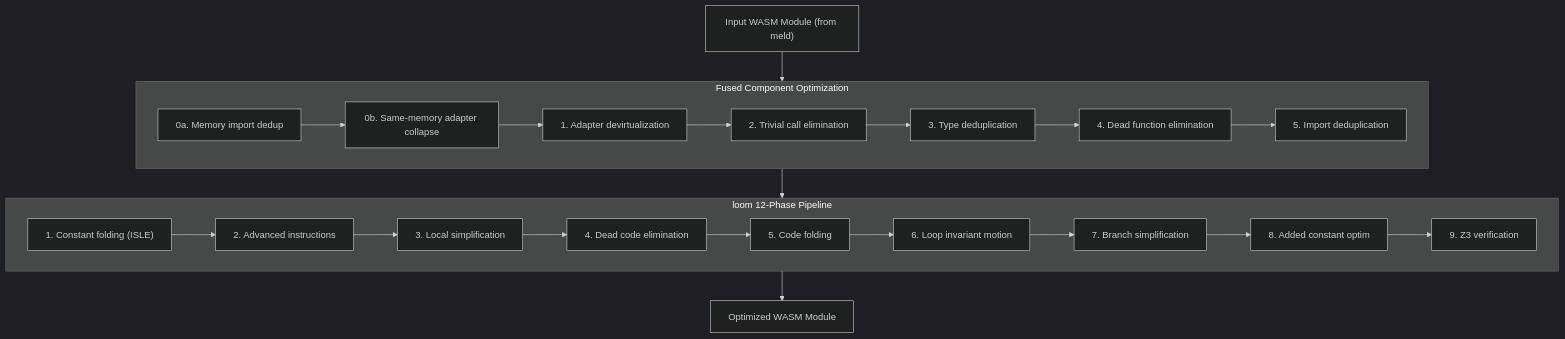
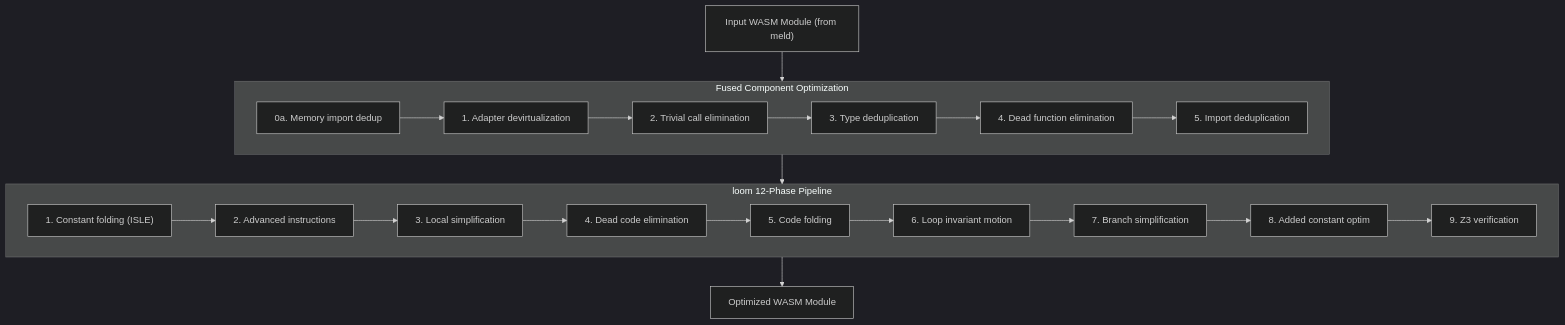
Before and after one commit to pulseengine/loom: the seventh of 8 diagrams in docs/design/fused-component-optimization.md, drawn with Mermaid (dark theme). The commit also changed other lines of this file and 9 other files, not shown here.

````diff
--- a/docs/design/fused-component-optimization.md
+++ b/docs/design/fused-component-optimization.md
@@ -351,33 +292,32 @@
 ```mermaid
 flowchart TD
     Input["Input WASM Module (from meld)"]
     Input --> Fused
 
     subgraph Fused["Fused Component Optimization"]
         F0a["0a. Memory import dedup"]
-        F0b["0b. Same-memory adapter collapse"]
         F1["1. Adapter devirtualization"]
         F2["2. Trivial call elimination"]
         F3["3. Type deduplication"]
         F4["4. Dead function elimination"]
         F5["5. Import deduplication"]
-        F0a --> F0b --> F1 --> F2 --> F3 --> F4 --> F5
+        F0a --> F1 --> F2 --> F3 --> F4 --> F5
     end
 
     Fused --> Standard
 
     subgraph Standard["loom 12-Phase Pipeline"]
         S1["1. Constant folding (ISLE)"]
         S2["2. Advanced instructions"]
         S3["3. Local simplification"]
         S4["4. Dead code elimination"]
         S5["5. Code folding"]
         S6["6. Loop invariant motion"]
         S7["7. Branch simplification"]
         S8["8. Added constant optim"]
         S9["9. Z3 verification"]
         S1 --> S2 --> S3 --> S4 --> S5 --> S6 --> S7 --> S8 --> S9
     end
 
     Standard --> Output["Optimized WASM Module"]
 ```
````
